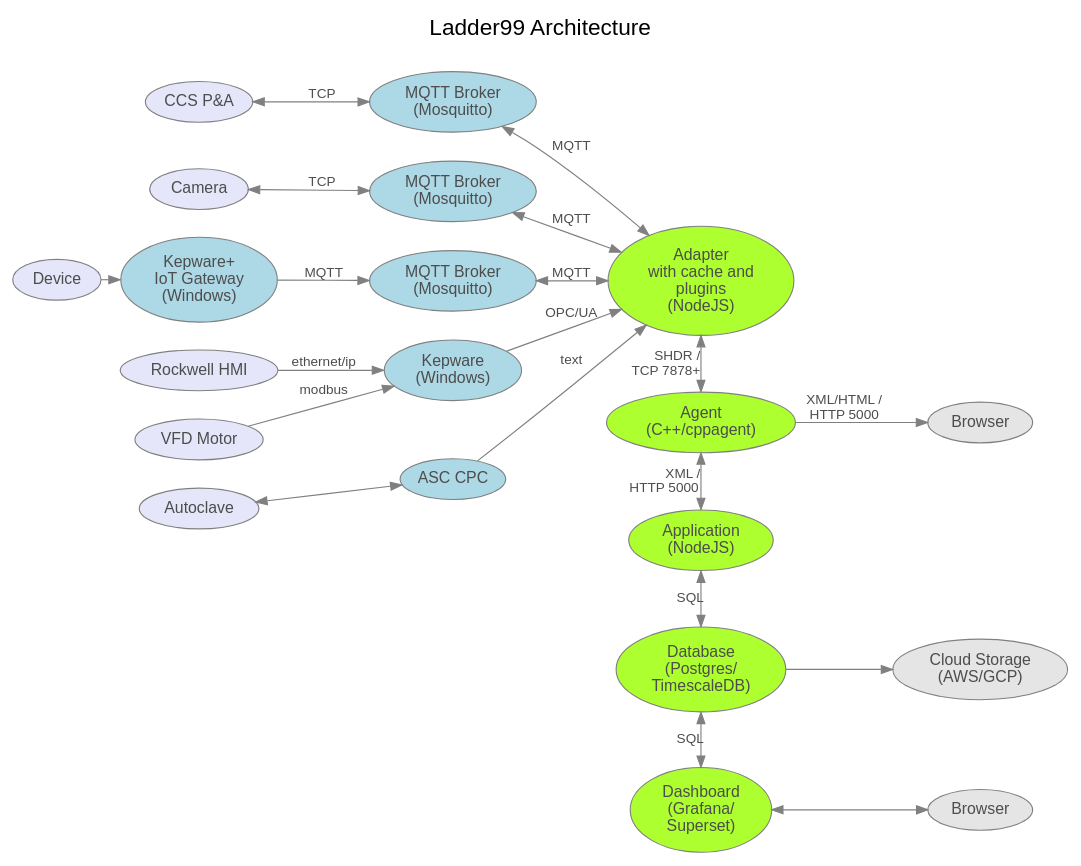
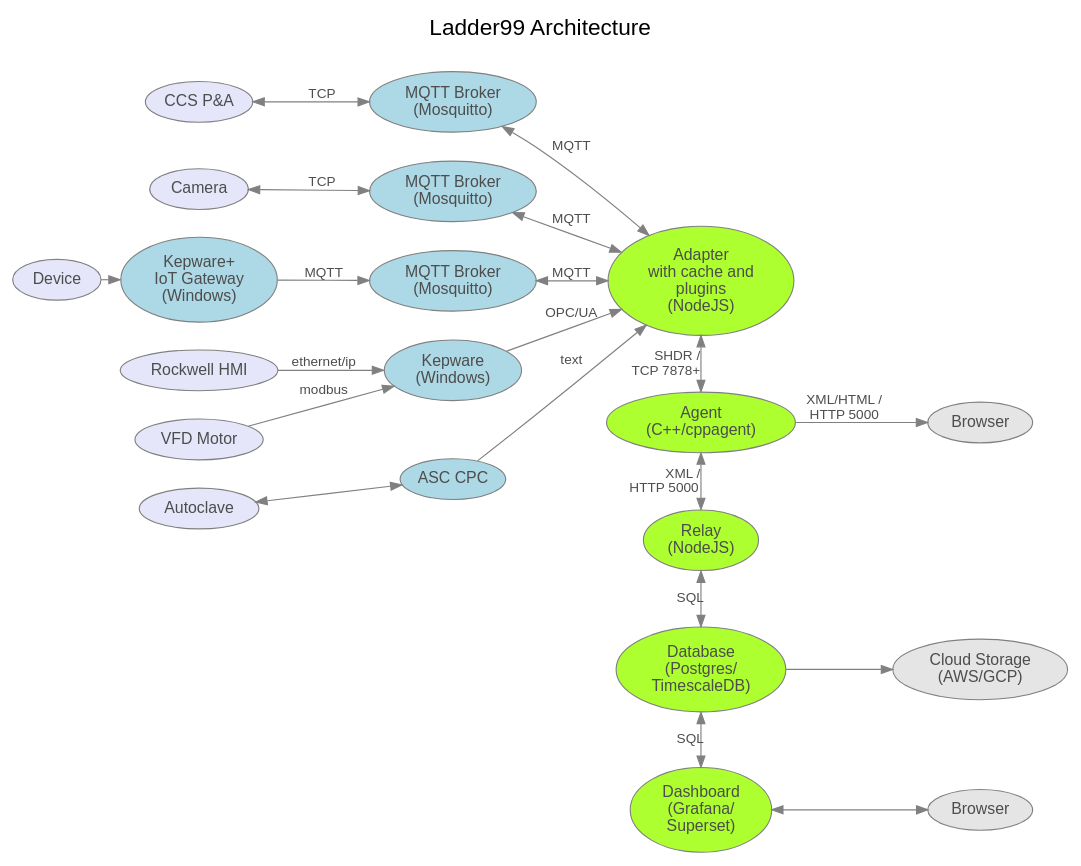
Before and after one commit to Ladder99/ladder99: the diagram in design/architecture.dot, drawn with Graphviz. The commit also changed 1 other file, not shown here.

Commit message:
diagrams

```diff
--- a/design/architecture.dot
+++ b/design/architecture.dot
@@ -1,111 +1,111 @@
 // graphviz diagram
 // colors https://www.graphviz.org/doc/info/colors.html
 
 digraph {
 
   //------------------------------------------------------------------------
   // styles
   //------------------------------------------------------------------------
 
   graph [ label="Ladder99 Architecture\n ", color=lightgray; ];
   graph [ fontsize=20 ];
   graph [ labelloc=t ];
   graph [ ranksep=0.2 ];
   graph [ nodesep=0.35 ];
   graph [ rankdir=LR; ] // left-to-right
   graph [ fontname="sans-serif" ];
 
   node [ color=gray, fillcolor=white, style=filled ];
   node [ fontname="sans-serif", fontcolor=gray30 ];
 
   edge [ color=gray ];
   edge [ fontsize=12, fontcolor=gray30 ];
   edge [ fontname="sans-serif" ];
 
 
   //------------------------------------------------------------------------
   // nodes
   //------------------------------------------------------------------------
 
   // devices
   PA [ fillcolor=lavender, label="CCS P&A" ];
   HMI [ fillcolor=lavender, label="Rockwell HMI" ];
   Motor [ fillcolor=lavender, label="VFD Motor" ];
   OldMachine3 [ fillcolor=lavender, label="Device" ];
   Camera [ fillcolor=lavender, label="Camera" ];
   Autoclave [ fillcolor=lavender, label="Autoclave" ];
   // OldMachine1 [ fillcolor=lavender, label="Old Machine 1" ];
 
   // intermediaries
   Broker1 [ fillcolor=lightblue, label="MQTT Broker\n(Mosquitto)" ];
   Broker3 [ fillcolor=lightblue, label="MQTT Broker\n(Mosquitto)" ];
   Broker4 [ fillcolor=lightblue, label="MQTT Broker\n(Mosquitto)" ];
   Kepware1 [ fillcolor=lightblue, label="Kepware\n(Windows)"];
   Kepware2 [ fillcolor=lightblue, label="Kepware+\nIoT Gateway\n(Windows)"];
   CPC [ fillcolor=lightblue, label="ASC CPC" ];
   // PLC4X [ fillcolor=lightblue, label="PLC4X\n(Java)" ];
 
   // mtconnect
   Adapter [ fillcolor=greenyellow, label="Adapter\nwith cache and\nplugins\n(NodeJS)" ];
   Agent [ fillcolor=greenyellow, label="Agent\n(C++/cppagent)" ];
-  Application [ fillcolor=greenyellow, label="Application\n(NodeJS)" ];
+  Relay [ fillcolor=greenyellow, label="Relay\n(NodeJS)" ];
 
   // diode
   // DiodeSender [ label="Diode Sender\n(Java+RabbitMQ)" ];
   // DiodeReceiver [ label="Diode Receiver\n(Java+RabbitMQ)" ];
 
   // applications
   Database [ fillcolor=greenyellow, label="Database\n(Postgres/\nTimescaleDB)" ];
   Dashboard [ fillcolor=greenyellow, label="Dashboard\n(Grafana/\nSuperset)" ];
   Cloud [ fillcolor=gray90, label="Cloud Storage\n(AWS/GCP)" ];
   Browser [ fillcolor=gray90 ];
   Browser2 [ fillcolor=gray90, label="Browser" ];
   // LOI [ fillcolor=gray90, label="LOI\n(SvelteJS)" ];
 
   // users
   // Admin [ fillcolor=lightyellow ];
   // Operator [ fillcolor=lightyellow ];
 
 
   //------------------------------------------------------------------------
   // edges
   //------------------------------------------------------------------------
 
   PA -> Broker1 [ label="  TCP  ", dir=both ];
   Camera -> Broker3 [ label="  TCP  ", dir=both ];
   Autoclave -> CPC [ dir=both ];
   Broker1 -> Adapter [ label="MQTT", dir=both ];
   Broker3 -> Adapter [ label="MQTT", dir=both ];
   Broker4 -> Adapter [ label="MQTT", dir=both ];
   // OldMachine1 -> PLC4X; // [ label="proprietary\nprotocol" ];
   // PLC4X -> Broker3 [ label="" ];
   HMI -> Kepware1 [ label="ethernet/ip" ];
   Motor -> Kepware1 [ label="modbus" ];
   Kepware1 -> Adapter [ label="OPC/UA" ];
   // Kepware2 -> Gateway;
   CPC -> Adapter [ label="text" ];
   // Gateway -> Broker4 [ label="MQTT" ];
   OldMachine3 -> Kepware2;
   Kepware2 -> Broker4 [ label="MQTT" ];
   Adapter -> Agent [ label="SHDR /   \nTCP 7878+         ", dir=both ];
   // Adapter -> DiodeSender [ label="SHDR /   \nTCP 7878      ", dir=both, style=dotted ];
   // DiodeSender -> DiodeReceiver [ label="UDP    ", style=dotted ];
   // DiodeReceiver -> Agent [ label="SHDR /    \nTCP 7878        ", style=dotted ];
-  Agent -> Application [ dir=both; label="XML / \nHTTP 5000          " ];
+  Agent -> Relay [ dir=both; label="XML / \nHTTP 5000          " ];
   Agent -> Browser [ label="XML/HTML /\nHTTP 5000" ];
-  Application -> Database [ label="SQL", dir=both ];
+  Relay -> Database [ label="SQL", dir=both ];
   Database -> Dashboard [ label="SQL", dir=both ];
   Database -> Cloud;
   Dashboard -> Browser2 [ dir=both ];
-  // Application -> LOI;
+  // Relay -> LOI;
   // LOI -> Operator;
 
 
   //------------------------------------------------------------------------
   // ranks
   //------------------------------------------------------------------------
 
-  { rank=same; Adapter Agent Application Database Dashboard };
+  { rank=same; Adapter Agent Relay Database Dashboard };
   // { rank=same; DiodeSender DiodeReceiver Cloud Admin };
   // { rank=same; Cloud Admin };
 }
```
